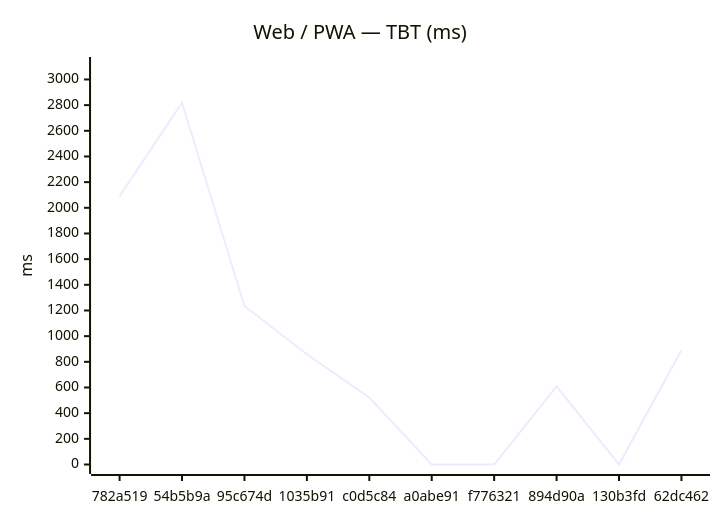
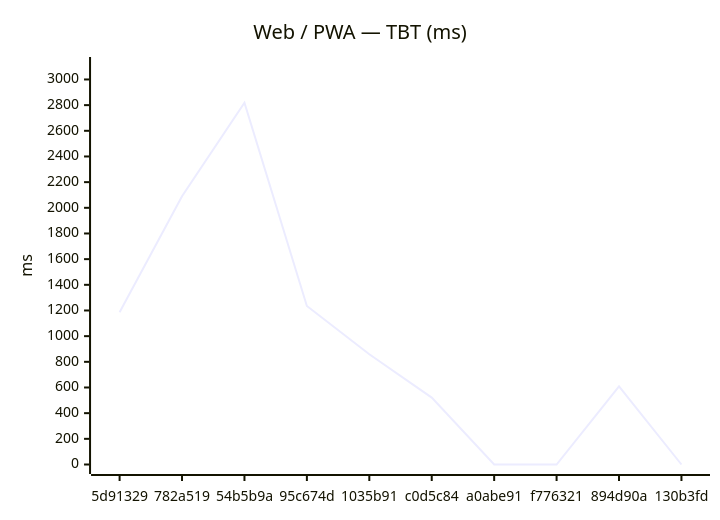
One commit to Metaheurist/Rianell changed the second of 18 diagrams in benchmarks/compare.md. Above: the diagram before and after it, drawn with Mermaid. The commit also changed other lines of this file and 11 other files, not shown here.

````diff
--- a/benchmarks/compare.md
+++ b/benchmarks/compare.md
@@ -31,7 +31,7 @@
 ```mermaid
 xychart-beta
     title "Web / PWA — TBT (ms)"
-    x-axis ["782a519", "54b5b9a", "95c674d", "1035b91", "c0d5c84", "a0abe91", "f776321", "894d90a", "130b3fd", "62dc462"]
+    x-axis ["5d91329", "782a519", "54b5b9a", "95c674d", "1035b91", "c0d5c84", "a0abe91", "f776321", "894d90a", "130b3fd"]
     y-axis "ms" 0 --> 3101
-    line [2090, 2819, 1235, 859, 521, 0, 0, 609, 0, 891]
+    line [1186, 2090, 2819, 1235, 859, 521, 0, 0, 609, 0]
 ```
````
